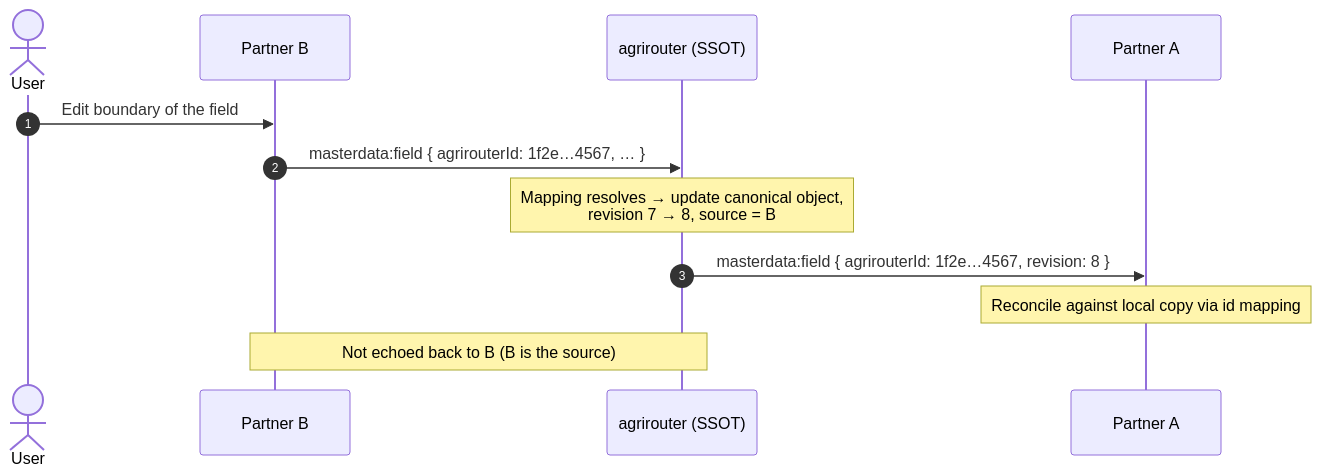
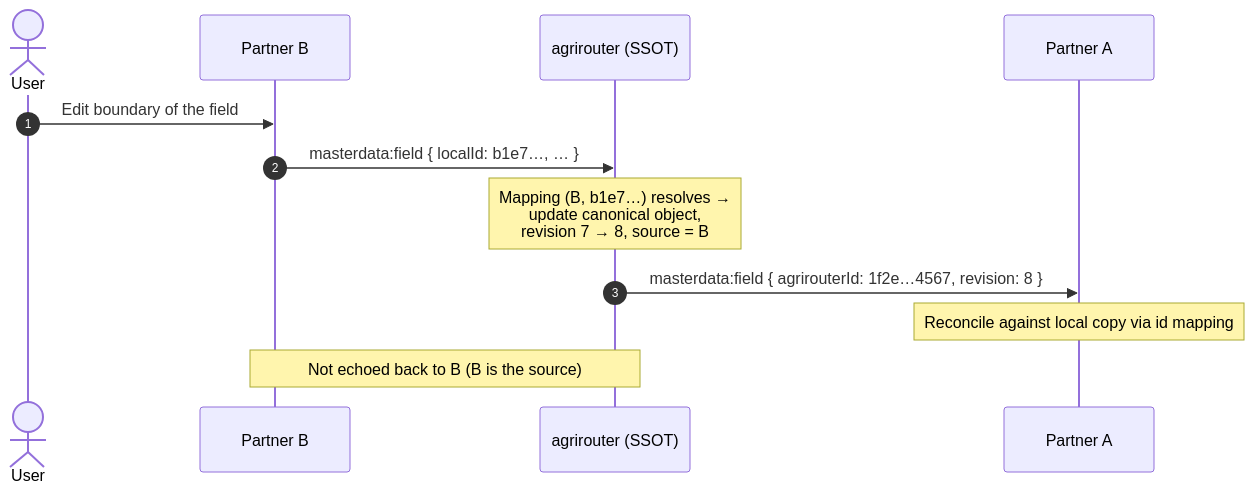
The third of 3 diagrams in architecture/01-reference-architecture.md (DKE-Data/masterdata-sync-working-group), drawn with Mermaid before and after one commit. The commit also changed other lines of this file and 5 other files, not shown here.

Commit message:
Add ARD 10 - Binding a local identifier to a canonical object; add endpoint ID in request headers

````diff
--- a/architecture/01-reference-architecture.md
+++ b/architecture/01-reference-architecture.md
@@ -204,15 +206,15 @@
 ```mermaid
 sequenceDiagram
     autonumber
     actor U as User
     participant B as Partner B
     participant AR as agrirouter (SSOT)
     participant A as Partner A
 
     U->>B: Edit boundary of the field
-    B->>AR: masterdata:field { agrirouterId: 1f2e…4567, … }
-    Note over AR: Mapping resolves → update canonical object,<br/>revision 7 → 8, source = B
+    B->>AR: masterdata:field { localId: b1e7…, … }
+    Note over AR: Mapping (B, b1e7…) resolves →<br/>update canonical object,<br/>revision 7 → 8, source = B
     AR->>A: masterdata:field { agrirouterId: 1f2e…4567, revision: 8 }
     Note over A: Reconcile against local copy via id mapping
     Note over AR,B: Not echoed back to B (B is the source)
 ```
````
